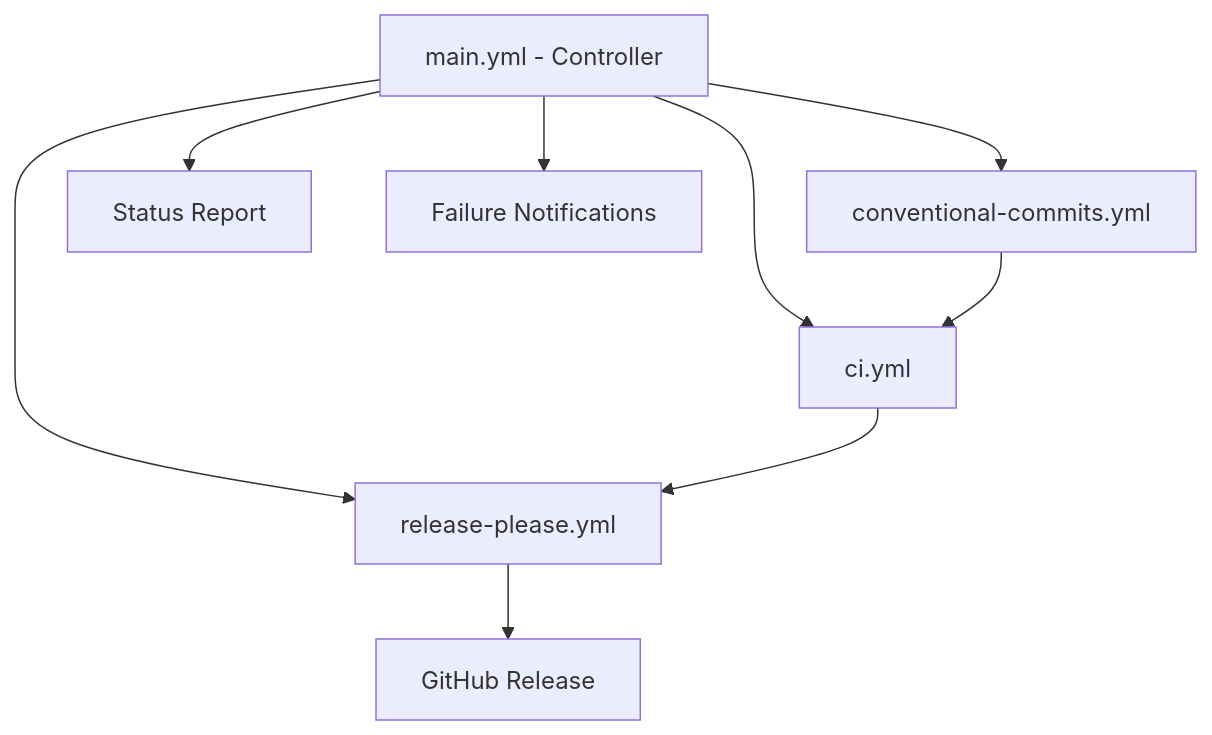
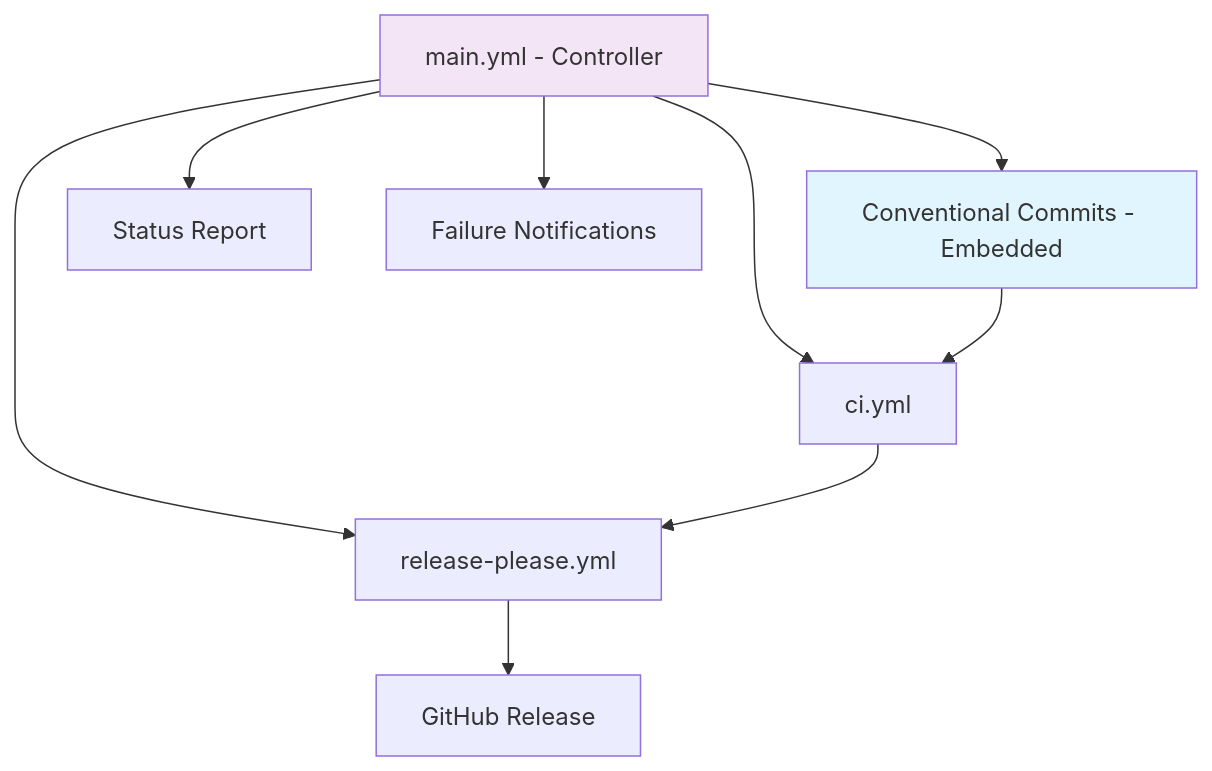
Before and after one commit to microscaler/obsctl: the diagram in .github/workflows/README.md, drawn with Mermaid. The commit also changed other lines of this file and 1 other file, not shown here.

First line of the commit message:
docs(ci): update workflow README for embedded conventional commits architecture

````diff
--- a/.github/workflows/README.md
+++ b/.github/workflows/README.md
@@ -7,12 +7,15 @@
 ```mermaid
 graph TD
-    A[main.yml - Controller] --> B[conventional-commits.yml]
+    A[main.yml - Controller] --> B[Conventional Commits - Embedded]
     A --> C[ci.yml]
     A --> D[release-please.yml]
     B --> C
     C --> D
     D --> E[GitHub Release]
     
     A --> F[Status Report]
     A --> G[Failure Notifications]
+    
+    style B fill:#e1f5fe
+    style A fill:#f3e5f5
 ```
````
